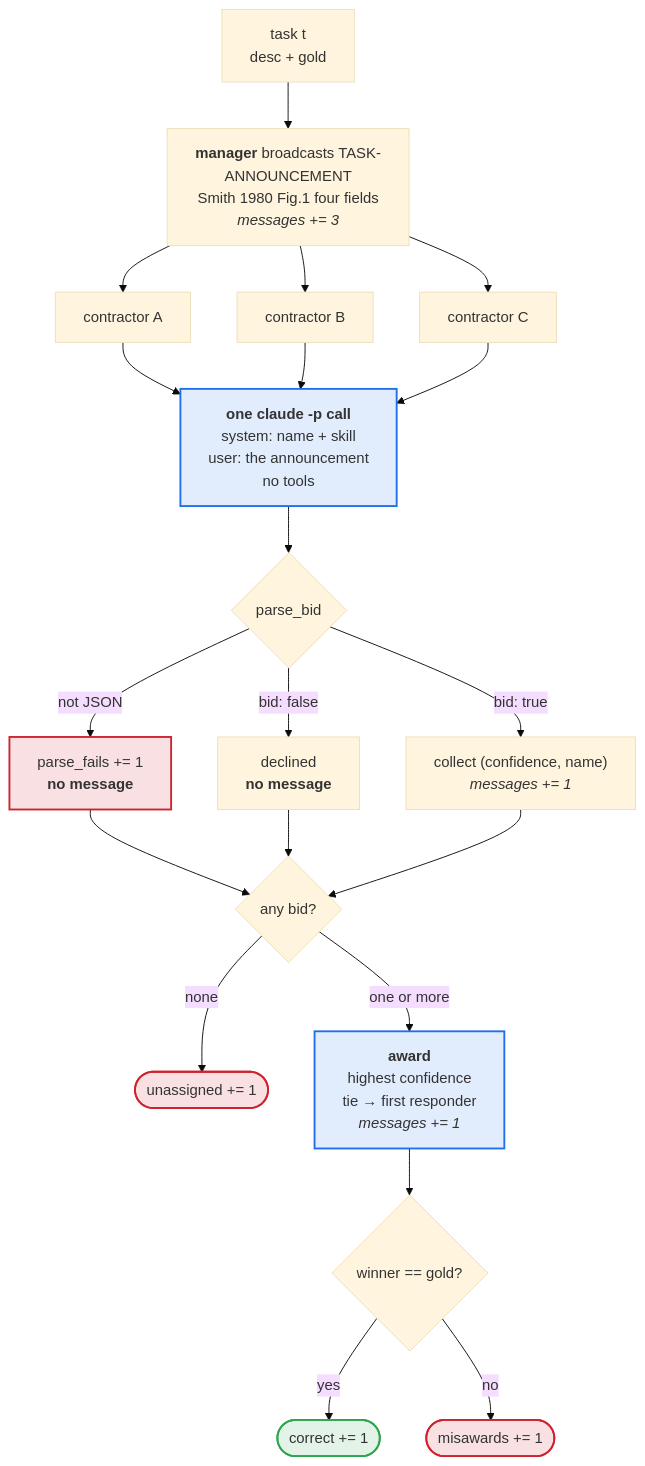
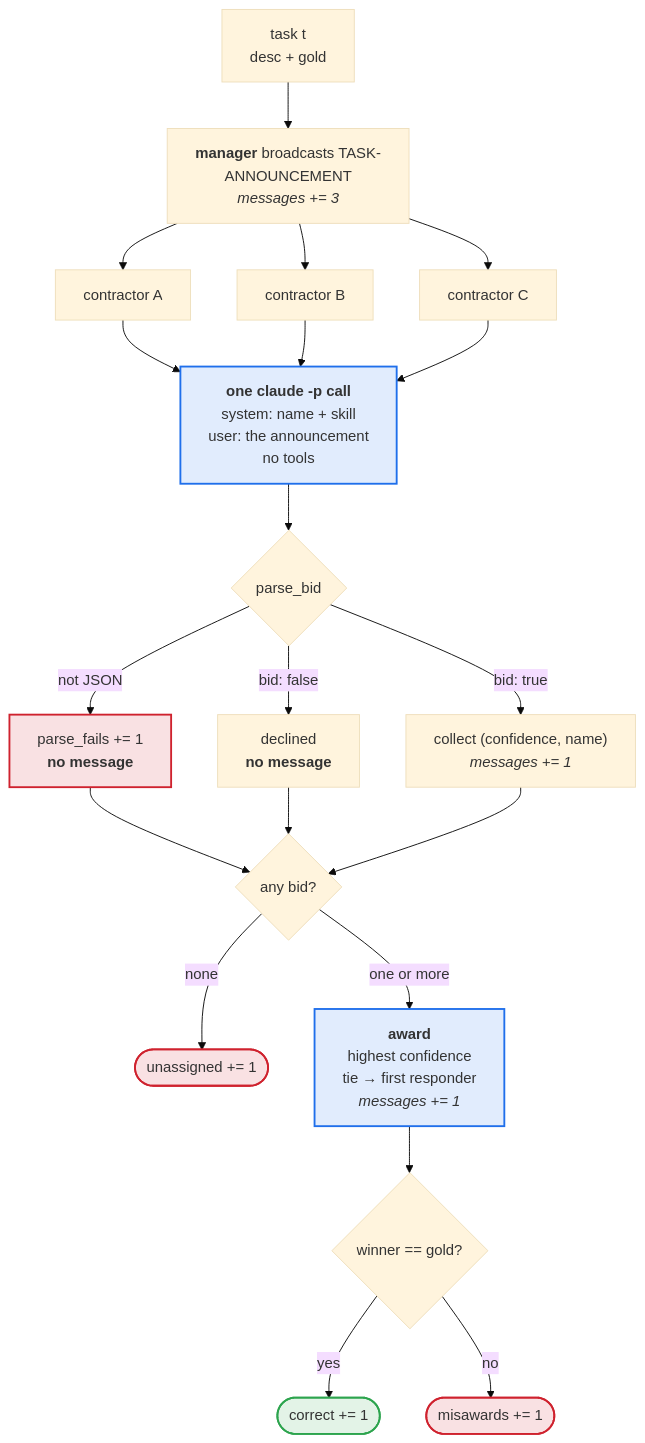
One commit to Q00/ai-agent-engineering-101 changed the diagram in submissions/25520014/week-03/REPORT.md. Above: the diagram before and after it, drawn with Mermaid (base theme). The commit also changed other lines of this file, not shown here.

Commit message:
docs(week-03): REPORT를 제출물 명세 항목으로만 정리 (294→129줄, 다이어그램 유지)

````diff
--- a/submissions/25520014/week-03/REPORT.md
+++ b/submissions/25520014/week-03/REPORT.md
@@ -117,29 +61,29 @@
 ```mermaid
 flowchart TD
-    T["task t<br/>desc + gold"] --> AN["<b>manager</b> broadcasts TASK-ANNOUNCEMENT<br/>Smith 1980 Fig.1 four fields<br/><i>messages += 3</i>"]
+    T["task t<br/>desc + gold"] --> AN["<b>manager</b> broadcasts TASK-ANNOUNCEMENT<br/><i>messages += 3</i>"]
     AN --> C1["contractor A"]
     AN --> C2["contractor B"]
     AN --> C3["contractor C"]
     C1 --> CALL
     C2 --> CALL
     C3 --> CALL
     CALL["<b>one claude -p call</b><br/>system: name + skill<br/>user: the announcement<br/>no tools"] --> P{"parse_bid"}
     P -->|"not JSON"| PF["parse_fails += 1<br/><b>no message</b>"]
     P -->|"bid: false"| NB["declined<br/><b>no message</b>"]
     P -->|"bid: true"| YB["collect (confidence, name)<br/><i>messages += 1</i>"]
     PF --> G{"any bid?"}
     NB --> G
     YB --> G
     G -->|"none"| U(["unassigned += 1"])
     G -->|"one or more"| AW["<b>award</b><br/>highest confidence<br/>tie → first responder<br/><i>messages += 1</i>"]
     AW --> CK{"winner == gold?"}
     CK -->|"yes"| OK(["correct += 1"])
     CK -->|"no"| MIS(["misawards += 1"])
 
     classDef ctx fill:#1f6feb22,stroke:#1f6feb,stroke-width:2px
     classDef term fill:#2da44e22,stroke:#2da44e,stroke-width:2px
     classDef bad fill:#cf222e22,stroke:#cf222e,stroke-width:2px
     class CALL,AW ctx
     class OK term
     class U,MIS,PF bad
 ```
````
